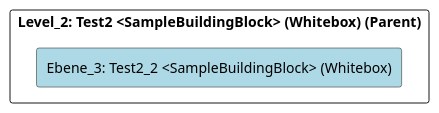
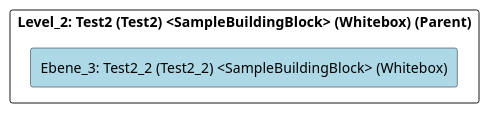
The diagram in src/cleon.architecturemethods.arc42.sample/doc/cleon_architecturemethods_arc42_sample_arc42/adoc/de/05_bausteinsicht/chess/test2/test2_2/ebene_3_test2_2.adoc (marcozwyssig/cleon), drawn with PlantUML before and after one commit. The commit also changed other lines of this file and 166 other files, not shown here.

```diff
--- a/src/cleon.architecturemethods.arc42.sample/doc/cleon_architecturemethods_arc42_sample_arc42/adoc/de/05_bausteinsicht/chess/test2/test2_2/ebene_3_test2_2.adoc
+++ b/src/cleon.architecturemethods.arc42.sample/doc/cleon_architecturemethods_arc42_sample_arc42/adoc/de/05_bausteinsicht/chess/test2/test2_2/ebene_3_test2_2.adoc
@@ -20,24 +20,24 @@
-[plantuml, Ebene_3: Test2_2 <SampleBuildingBlock> (Whitebox)BlockOverview, format="svg"]
+[plantuml, Ebene_3: Test2_2 (Test2_2) <SampleBuildingBlock> (Whitebox)BlockOverview, format="svg"]
 ----
-@startuml Ebene_3: Test2_2 <SampleBuildingBlock> (Whitebox)BuildingBlockOverview
+@startuml Ebene_3: Test2_2 (Test2_2) <SampleBuildingBlock> (Whitebox)BuildingBlockOverview
 
 skinparam ranksep 10
 skinparam componentStyle rectangle
 skinparam shadowing false
 skinparam arrowColor lightblue
 skinparam arrowThickness 1.2
 skinparam rectangle {
   BackgroundColor White
   BorderColor #333
   RoundCorner 10
 }
 top to bottom direction
 
-component "Level_2: Test2 <SampleBuildingBlock> (Whitebox) (Parent)" {
-    component "Ebene_3: Test2_2 <SampleBuildingBlock> (Whitebox)" #lightblue {
+component "Level_2: Test2 (Test2) <SampleBuildingBlock> (Whitebox) (Parent)" {
+    component "Ebene_3: Test2_2 (Test2_2) <SampleBuildingBlock> (Whitebox)" #lightblue {
     }
 
 }
 
 @enduml
 ----
```
